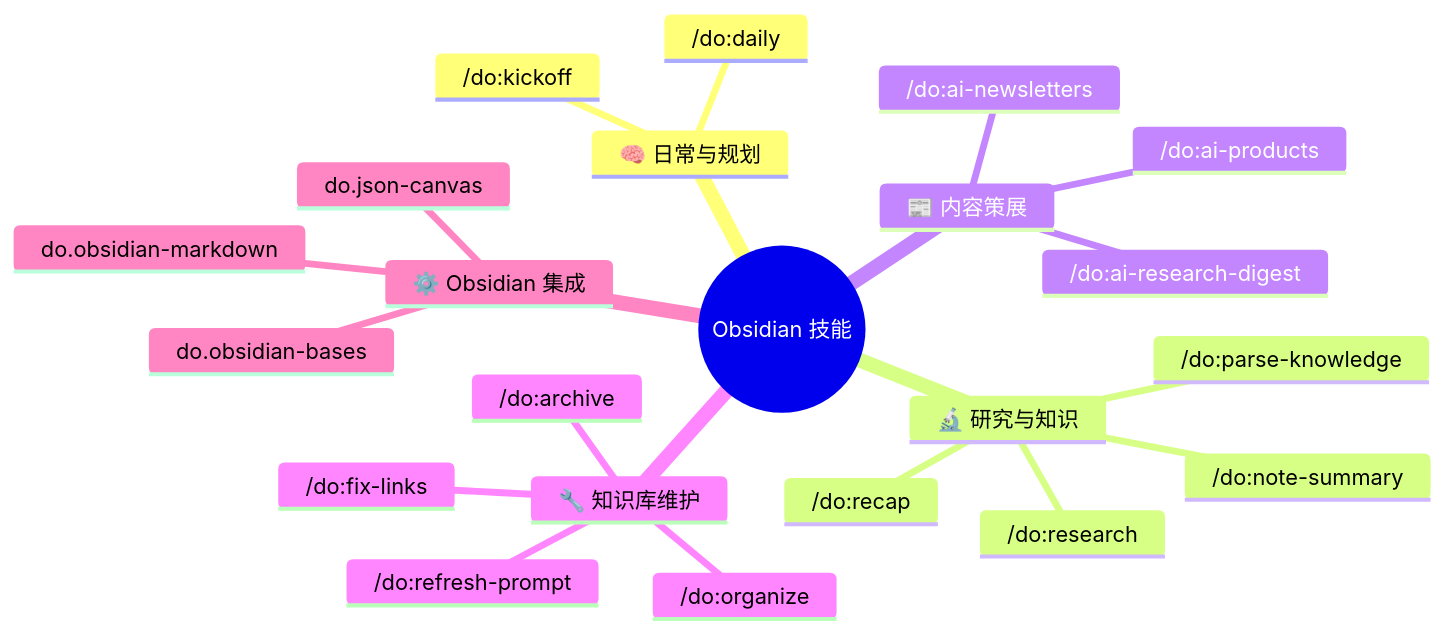
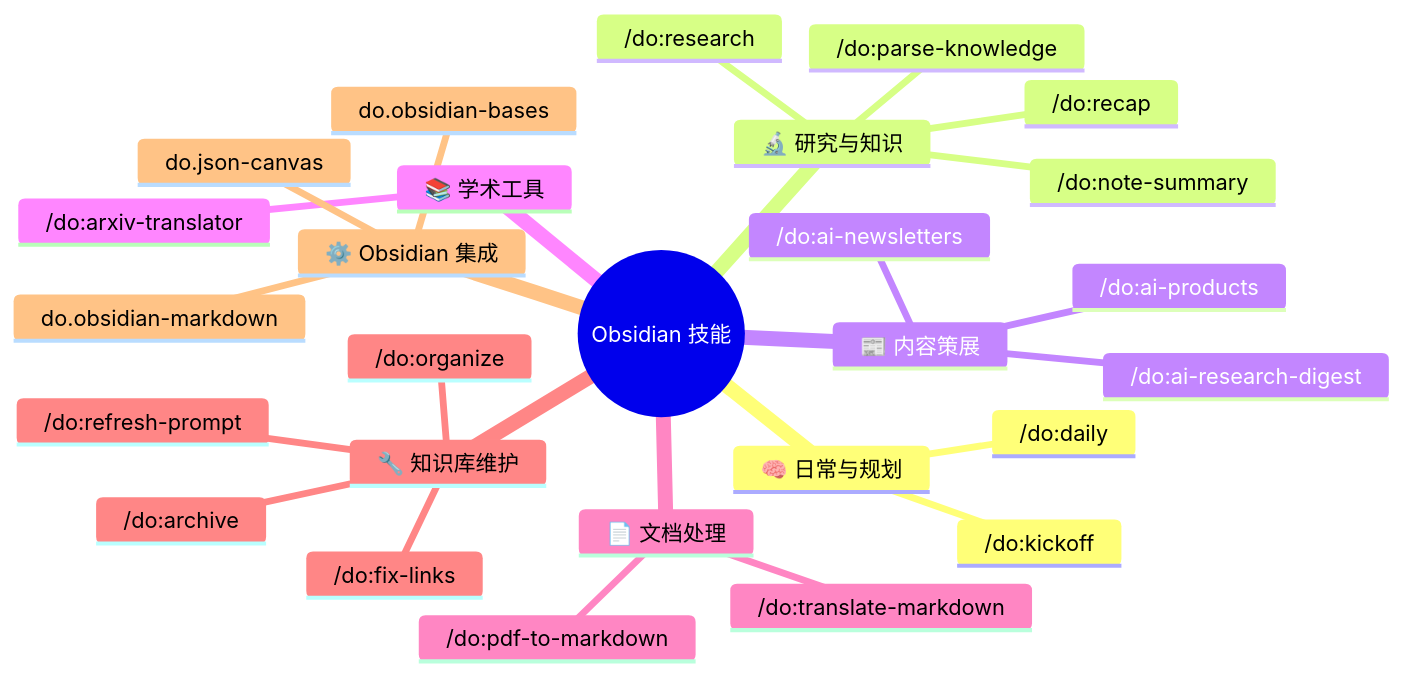
The fourth of 7 diagrams in README_CN.md (dull-bird/DeepOrbit), drawn with Mermaid before and after one commit. The commit also changed other lines of this file and 23 other files, not shown here.

````diff
--- a/README_CN.md
+++ b/README_CN.md
@@ -133,25 +134,30 @@
 ```mermaid
 mindmap
   root((Obsidian 技能))
     🧠 日常与规划
       /do:daily
       /do:kickoff
     🔬 研究与知识
       /do:research
       /do:parse-knowledge
       /do:note-summary
       /do:recap
     📰 内容策展
       /do:ai-newsletters
       /do:ai-products
       /do:ai-research-digest
+    📚 学术工具
+      /do:arxiv-translator
+    📄 文档处理
+      /do:pdf-to-markdown
+      /do:translate-markdown
     🔧 知识库维护
       /do:fix-links
       /do:archive
       /do:organize
       /do:refresh-prompt
     ⚙️ Obsidian 集成
       do.obsidian-markdown
       do.obsidian-bases
       do.json-canvas
 ```
````
